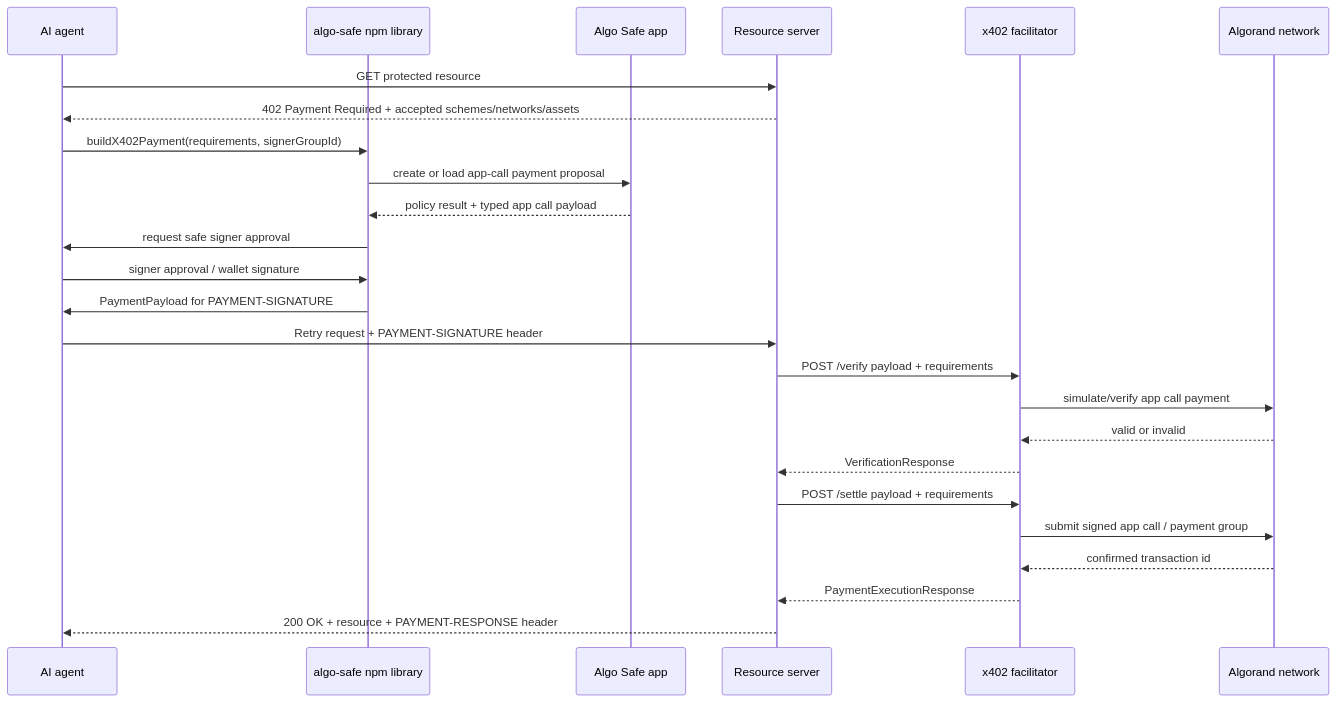
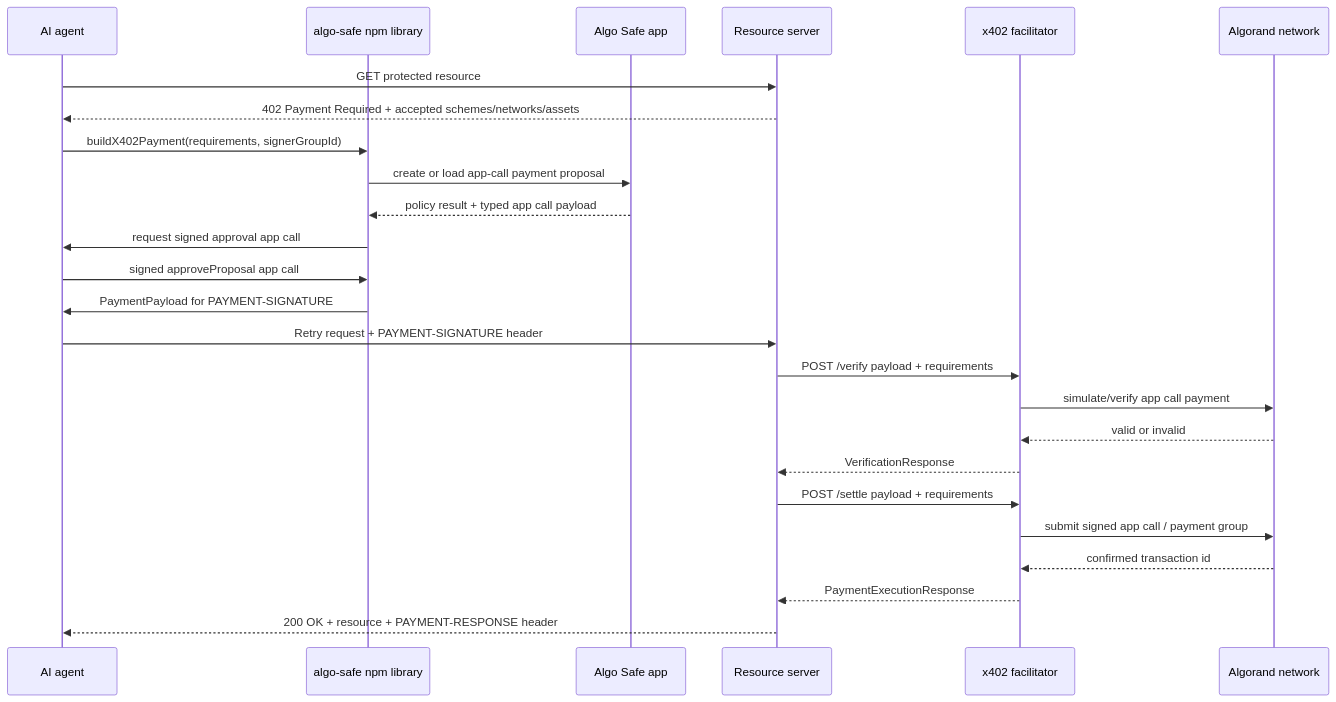
One commit to ludovit-scholtz/algo-safe changed the second of 8 diagrams in PRODUCT-DESCRIPTION.md. Above: the diagram before and after it, drawn with Mermaid. The commit also changed other lines of this file, not shown here.

Commit message:
Refine PRODUCT-DESCRIPTION.md for clarity on approval processes, emphasizing app call signatures and enhancing user understanding of transaction flows and requirements.

````diff
--- a/PRODUCT-DESCRIPTION.md
+++ b/PRODUCT-DESCRIPTION.md
@@ -183,28 +183,28 @@
 ```mermaid
 sequenceDiagram
     participant Agent as AI agent
     participant Library as algo-safe npm library
     participant Safe as Algo Safe app
     participant Provider as Resource server
     participant Facilitator as x402 facilitator
     participant Chain as Algorand network
 
     Agent->>Provider: GET protected resource
     Provider-->>Agent: 402 Payment Required + accepted schemes/networks/assets
     Agent->>Library: buildX402Payment(requirements, signerGroupId)
     Library->>Safe: create or load app-call payment proposal
     Safe-->>Library: policy result + typed app call payload
-    Library->>Agent: request safe signer approval
-    Agent->>Library: signer approval / wallet signature
+    Library->>Agent: request signed approval app call
+    Agent->>Library: signed approveProposal app call
     Library->>Agent: PaymentPayload for PAYMENT-SIGNATURE
     Agent->>Provider: Retry request + PAYMENT-SIGNATURE header
     Provider->>Facilitator: POST /verify payload + requirements
     Facilitator->>Chain: simulate/verify app call payment
     Chain-->>Facilitator: valid or invalid
     Facilitator-->>Provider: VerificationResponse
     Provider->>Facilitator: POST /settle payload + requirements
     Facilitator->>Chain: submit signed app call / payment group
     Chain-->>Facilitator: confirmed transaction id
     Facilitator-->>Provider: PaymentExecutionResponse
     Provider-->>Agent: 200 OK + resource + PAYMENT-RESPONSE header
 ```
````
